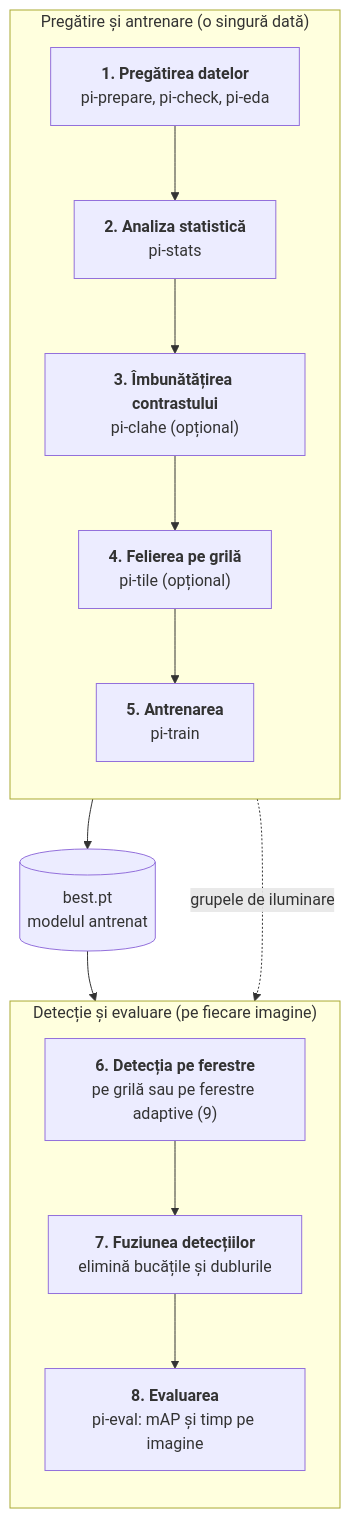
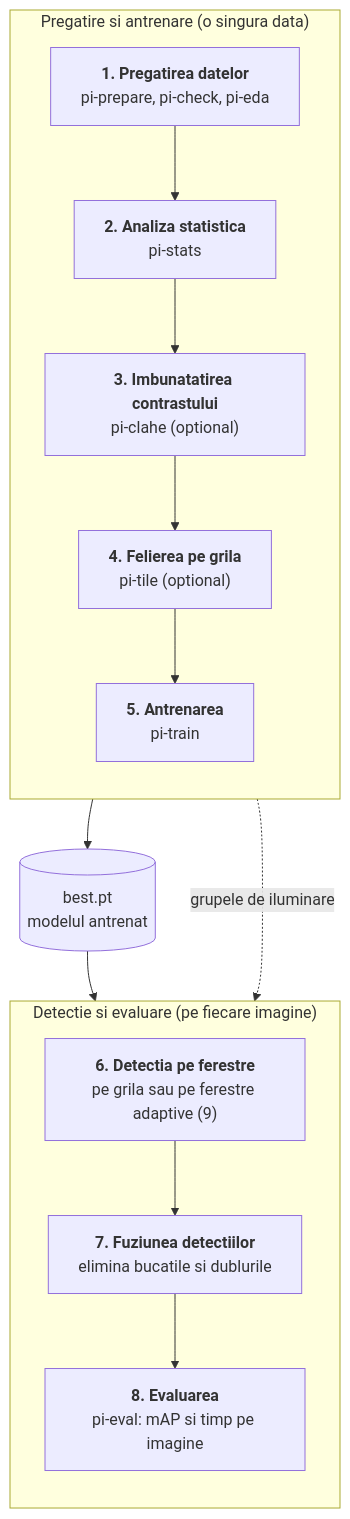
One commit to zaha27/pi-p changed the first of 2 diagrams in docs/pipeline/README.md. Above: the diagram before and after it, drawn with Mermaid. The commit also changed other lines of this file and 57 other files, not shown here.

````diff
--- a/docs/pipeline/README.md
+++ b/docs/pipeline/README.md
@@ -12,34 +12,34 @@
 ```mermaid
 flowchart TB
-    subgraph PREG["Pregătire și antrenare (o singură dată)"]
+    subgraph PREG["Pregatire si antrenare (o singura data)"]
         direction TB
-        P1["`**1. Pregătirea datelor**
+        P1["`**1. Pregatirea datelor**
 pi-prepare, pi-check, pi-eda`"]
-        P2["`**2. Analiza statistică**
+        P2["`**2. Analiza statistica**
 pi-stats`"]
-        P3["`**3. Îmbunătățirea contrastului**
-pi-clahe (opțional)`"]
-        P4["`**4. Felierea pe grilă**
-pi-tile (opțional)`"]
+        P3["`**3. Imbunatatirea contrastului**
+pi-clahe (optional)`"]
+        P4["`**4. Felierea pe grila**
+pi-tile (optional)`"]
         P5["`**5. Antrenarea**
 pi-train`"]
         P1 --> P2 --> P3 --> P4 --> P5
     end
 
     M[("best.pt
 modelul antrenat")]
 
-    subgraph DET["Detecție și evaluare (pe fiecare imagine)"]
+    subgraph DET["Detectie si evaluare (pe fiecare imagine)"]
         direction TB
-        D6["`**6. Detecția pe ferestre**
-pe grilă sau pe ferestre adaptive (9)`"]
-        D7["`**7. Fuziunea detecțiilor**
-elimină bucățile și dublurile`"]
+        D6["`**6. Detectia pe ferestre**
+pe grila sau pe ferestre adaptive (9)`"]
+        D7["`**7. Fuziunea detectiilor**
+elimina bucatile si dublurile`"]
         D8["`**8. Evaluarea**
-pi-eval: mAP și timp pe imagine`"]
+pi-eval: mAP si timp pe imagine`"]
         D6 --> D7 --> D8
     end
 
     P5 --> M --> D6
     P2 -. "grupele de iluminare" .-> D8
 ```
````
